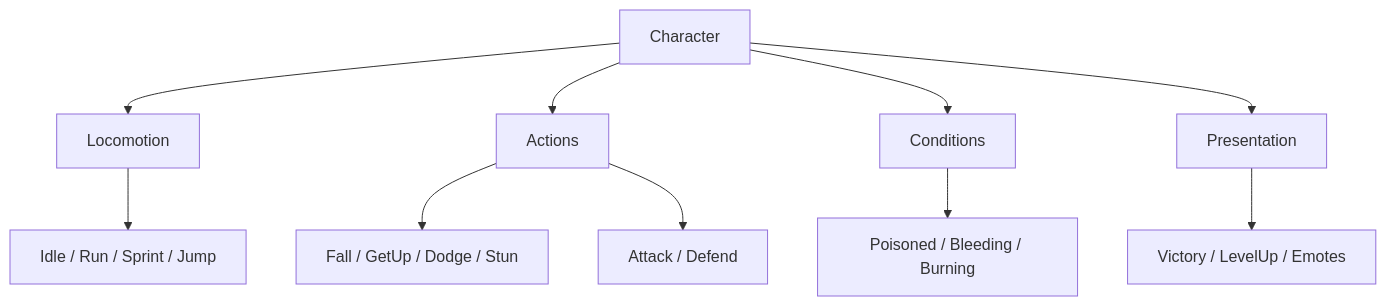
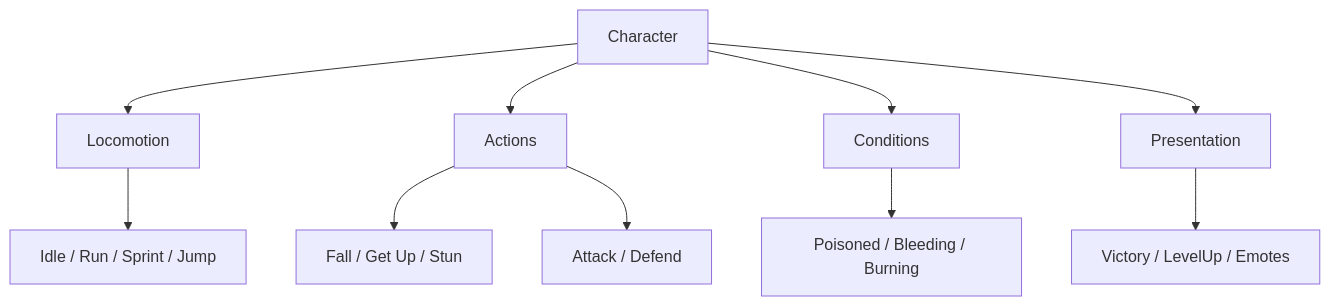
Before and after one commit to phillipeaam/gameplay-engineering-lab: the first of 3 diagrams in Assets/Shared/RPG Tiny Hero Duo/Animator/README_ANIMATOR_ARCHITECTURE.md, drawn with Mermaid. The commit also changed other lines of this file and 3 other files, not shown here.

First line of the commit message:
feat(animator): define full-body action layer

````diff
--- a/Assets/Shared/RPG Tiny Hero Duo/Animator/README_ANIMATOR_ARCHITECTURE.md
+++ b/Assets/Shared/RPG Tiny Hero Duo/Animator/README_ANIMATOR_ARCHITECTURE.md
@@ -7,14 +7,14 @@
 ```mermaid
 flowchart TD
     Character[Character]
     Character --> Locomotion[Locomotion]
     Character --> Actions[Actions]
     Character --> Conditions[Conditions]
     Character --> Presentation[Presentation]
 
     Locomotion --> Move[Idle / Run / Sprint / Jump]
-    Actions --> FullBody[Fall / GetUp / Dodge / Stun]
+    Actions --> FullBody[Fall / Get Up / Stun]
     Actions --> UpperBody[Attack / Defend]
     Conditions --> Persistent[Poisoned / Bleeding / Burning]
     Presentation --> Feedback[Victory / LevelUp / Emotes]
 ```
````
